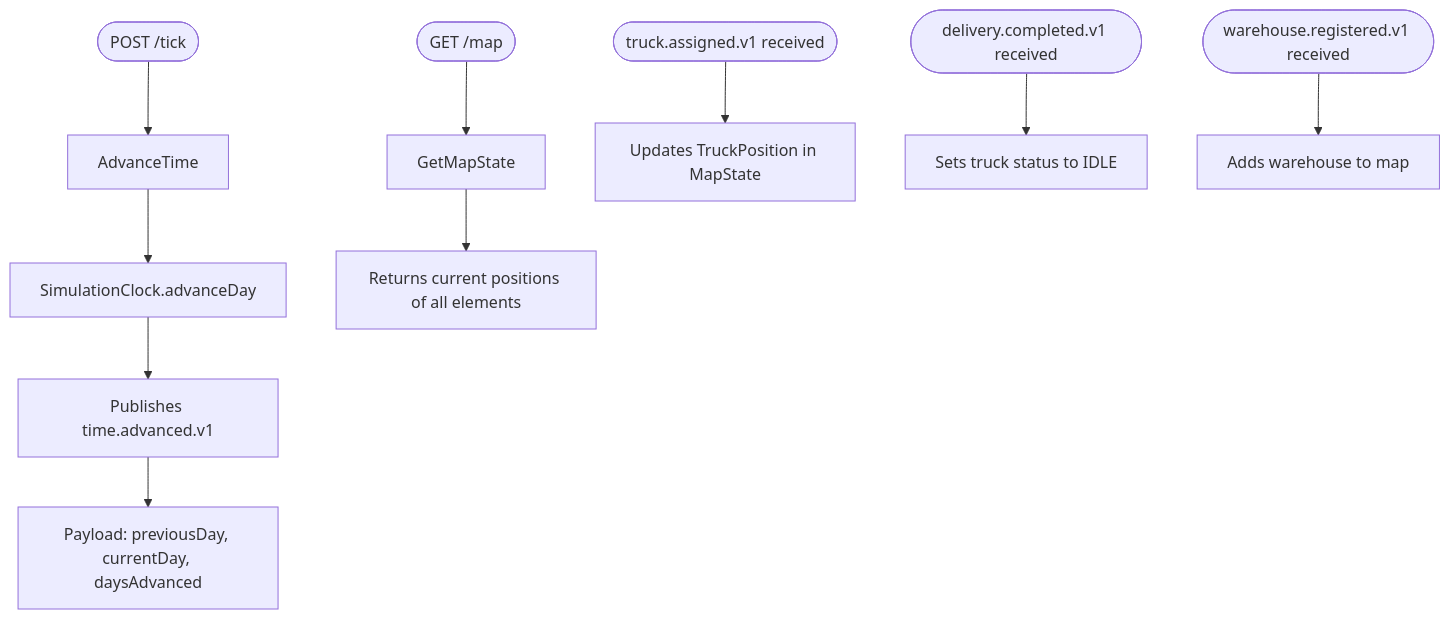
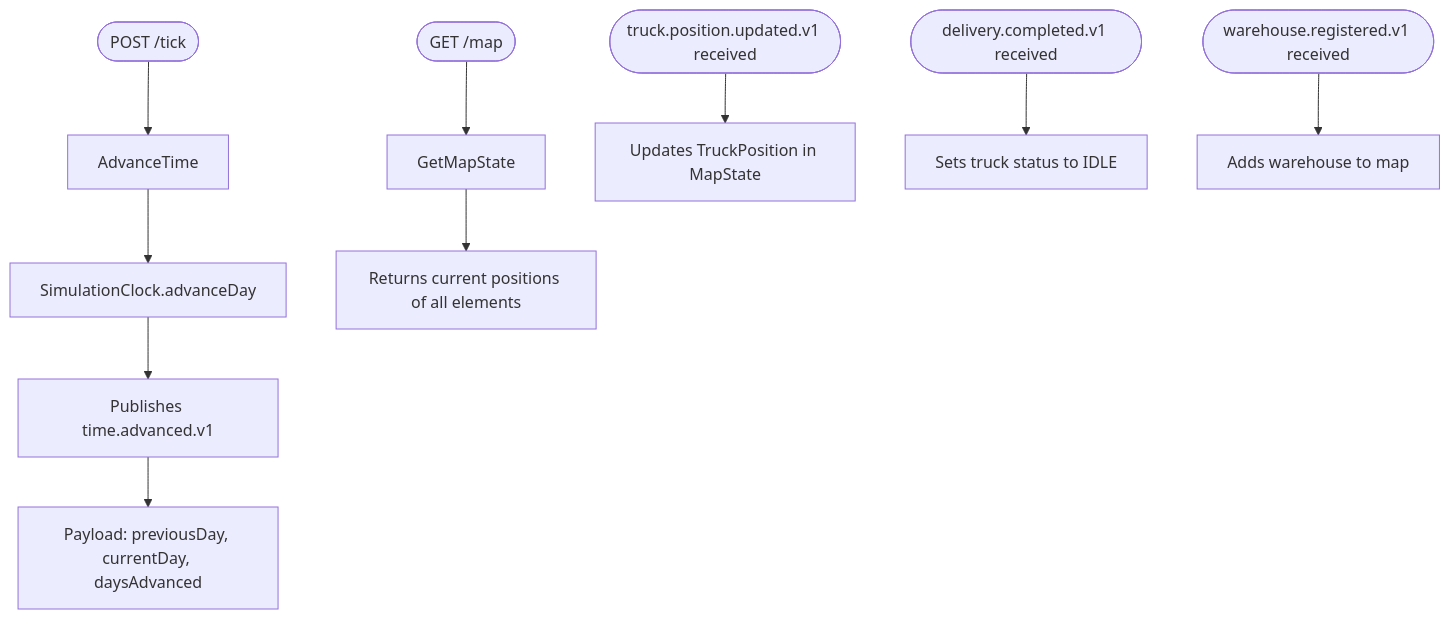
One commit to PauLopNun/workshop-suministros changed the third of 3 diagrams in time/ddd.md. Above: the diagram before and after it, drawn with Mermaid. The commit also changed other lines of this file, not shown here.

Commit message:
docs: refactor TruckPosition and update event names

````diff
--- a/time/ddd.md
+++ b/time/ddd.md
@@ -71,14 +69,14 @@
 ```mermaid
 flowchart TD
     UC1([POST /tick]) --> A1[AdvanceTime]
     A1 --> A2[SimulationClock.advanceDay]
     A2 --> A3[Publishes time.advanced.v1]
     A3 --> A4[Payload: previousDay, currentDay, daysAdvanced]
 
     UC2([GET /map]) --> B1[GetMapState]
     B1 --> B2[Returns current positions of all elements]
 
-    EV1([truck.assigned.v1 received]) --> C1[Updates TruckPosition in MapState]
+    EV1([truck.position.updated.v1 received]) --> C1[Updates TruckPosition in MapState]
     EV2([delivery.completed.v1 received]) --> C2[Sets truck status to IDLE]
     EV3([warehouse.registered.v1 received]) --> C4[Adds warehouse to map]
 ```
````
